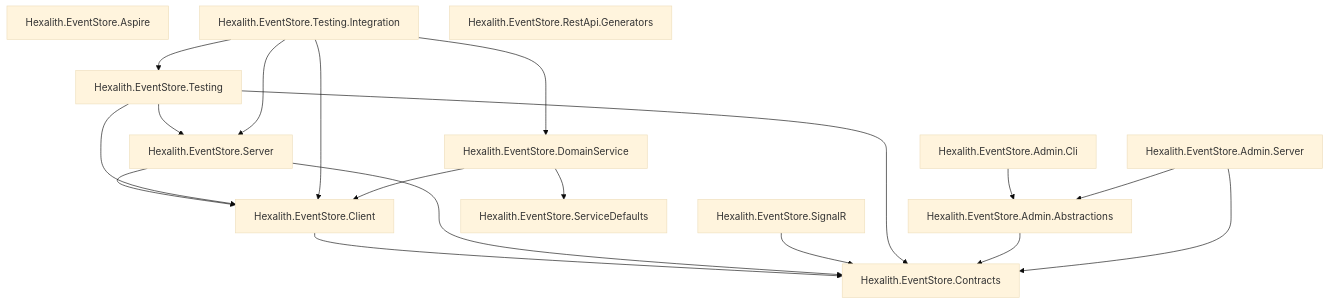
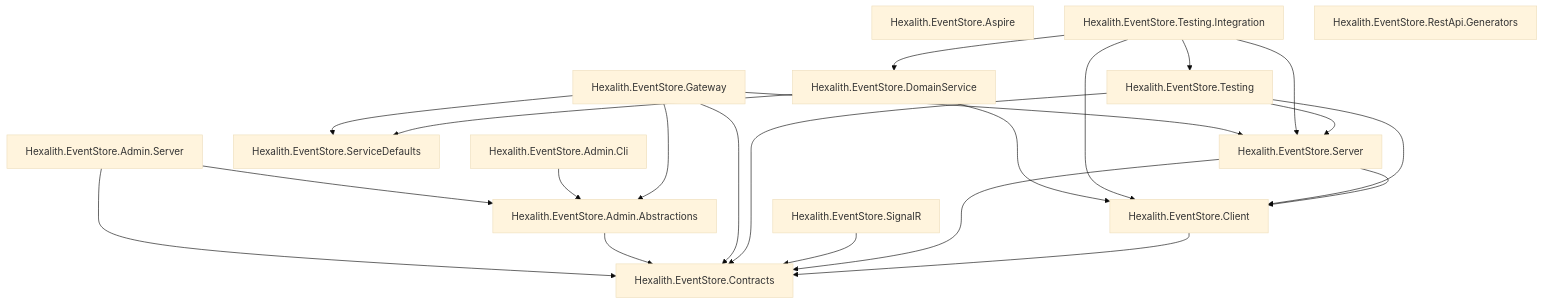
Before and after one commit to Hexalith/Hexalith.EventStore: the diagram in docs/reference/nuget-packages.md, drawn with Mermaid (base theme). The commit also changed other lines of this file and 5 other files, not shown here.

Commit message:
feat: Add Hexalith.EventStore.Gateway project with reusable HTTP gateway components and update related references

````diff
--- a/docs/reference/nuget-packages.md
+++ b/docs/reference/nuget-packages.md
@@ -29,34 +30,39 @@
 ```mermaid
 graph TD
     Contracts[Hexalith.EventStore.Contracts]
     Client[Hexalith.EventStore.Client]
     Server[Hexalith.EventStore.Server]
     SignalR[Hexalith.EventStore.SignalR]
     Testing[Hexalith.EventStore.Testing]
     Aspire[Hexalith.EventStore.Aspire]
     ServiceDefaults[Hexalith.EventStore.ServiceDefaults]
     DomainService[Hexalith.EventStore.DomainService]
     TestingIntegration[Hexalith.EventStore.Testing.Integration]
     RestApiGenerators[Hexalith.EventStore.RestApi.Generators]
+    Gateway[Hexalith.EventStore.Gateway]
     AdminAbstractions[Hexalith.EventStore.Admin.Abstractions]
     AdminCli[Hexalith.EventStore.Admin.Cli]
     AdminServer[Hexalith.EventStore.Admin.Server]
 
     Client --> Contracts
     Server --> Client
     Server --> Contracts
     SignalR --> Contracts
     Testing --> Client
     Testing --> Contracts
     Testing --> Server
     TestingIntegration --> Testing
     TestingIntegration --> Client
     TestingIntegration --> Server
     TestingIntegration --> DomainService
     DomainService --> Client
     DomainService --> ServiceDefaults
+    Gateway --> AdminAbstractions
+    Gateway --> Server
+    Gateway --> Contracts
+    Gateway --> ServiceDefaults
     AdminAbstractions --> Contracts
     AdminCli --> AdminAbstractions
     AdminServer --> AdminAbstractions
     AdminServer --> Contracts
 ```
````
